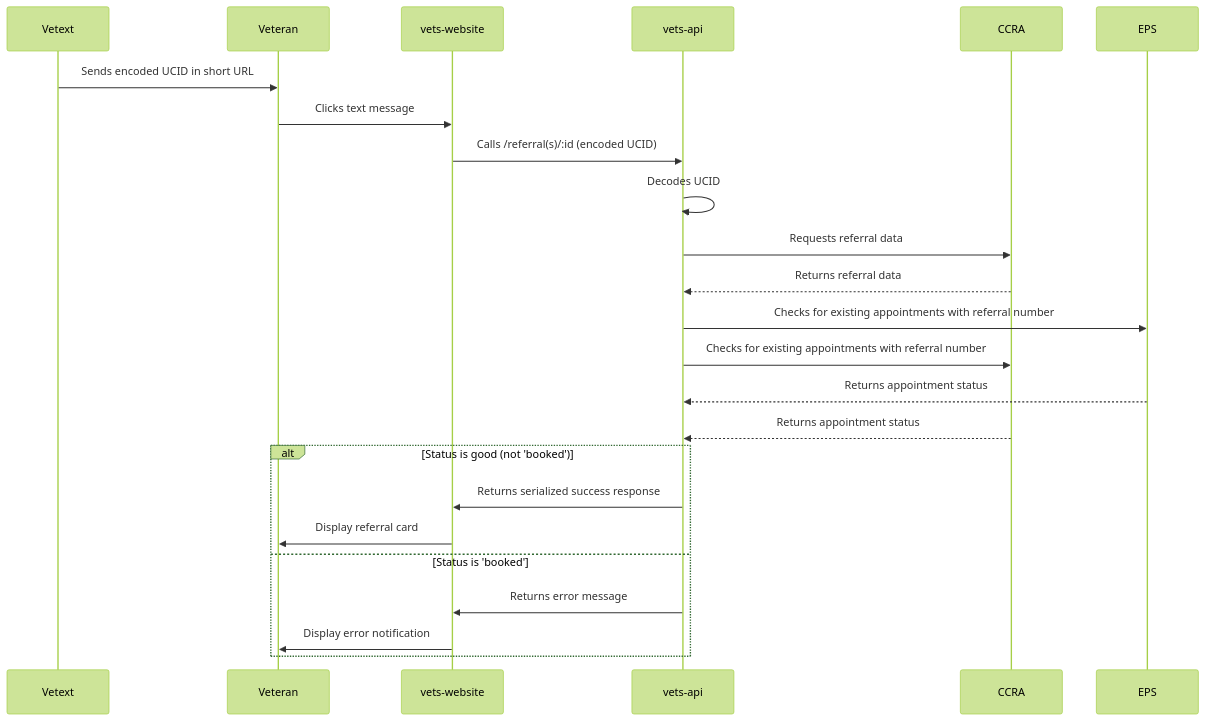
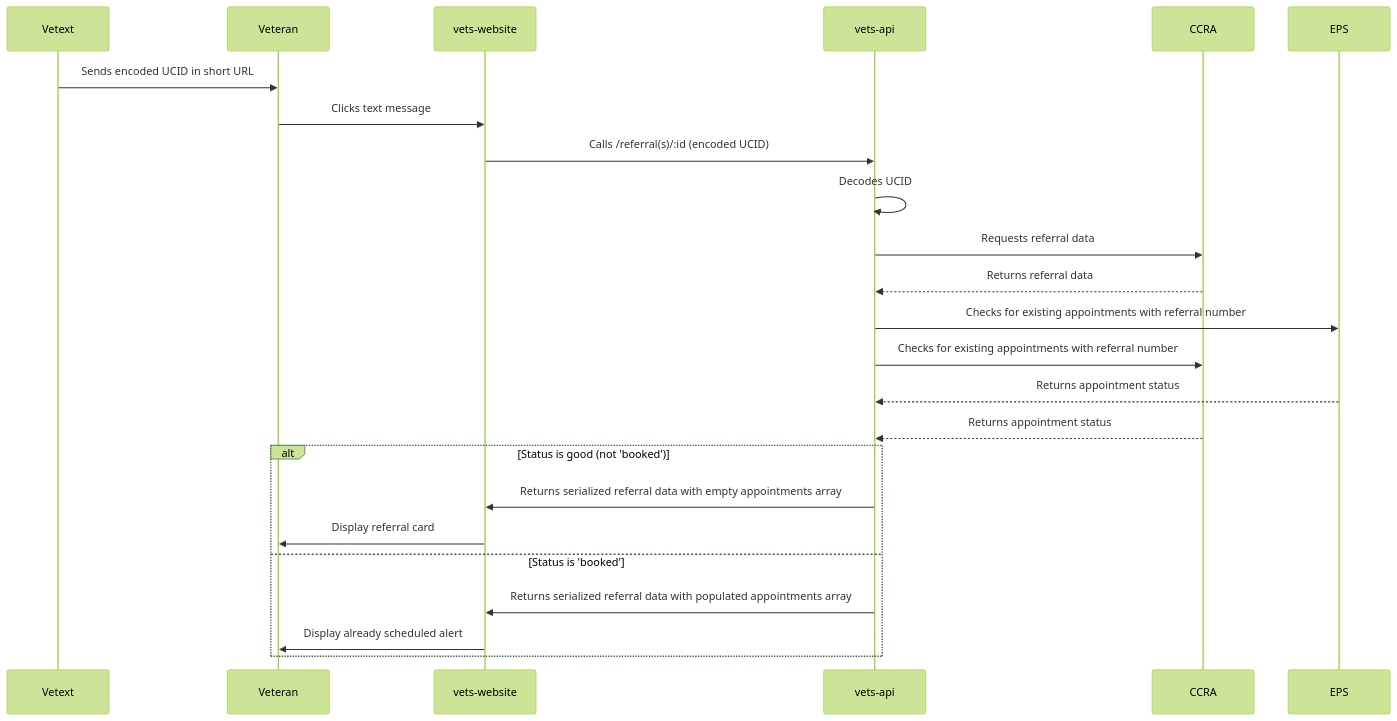
One commit to department-of-veterans-affairs/va.gov-team changed the third of 4 diagrams in products/health-care/appointments/va-online-scheduling/engineering/architecture/community-care-technical-documentation.md. Above: the diagram before and after it, drawn with Mermaid (forest theme).

````diff
--- a/products/health-care/appointments/va-online-scheduling/engineering/architecture/community-care-technical-documentation.md
+++ b/products/health-care/appointments/va-online-scheduling/engineering/architecture/community-care-technical-documentation.md
@@ -98,27 +98,27 @@
 ```mermaid
 sequenceDiagram
     participant Vetext
     participant Veteran
     participant vets-website
     participant vets-api
     participant CCRA
     participant EPS
 
     Vetext->>Veteran: Sends encoded UCID in short URL
     Veteran->>vets-website: Clicks text message
     vets-website->>vets-api: Calls /referral(s)/:id (encoded UCID)
     vets-api->>vets-api: Decodes UCID
     vets-api->>CCRA: Requests referral data
     CCRA-->>vets-api: Returns referral data
     vets-api->>EPS: Checks for existing appointments with referral number
     vets-api->>CCRA: Checks for existing appointments with referral number
     EPS-->>vets-api: Returns appointment status
     CCRA-->>vets-api: Returns appointment status
     alt Status is good (not 'booked')
-        vets-api->>vets-website: Returns serialized success response
+        vets-api->>vets-website: Returns serialized referral data with empty appointments array
         vets-website->>Veteran: Display referral card
     else Status is 'booked'
-        vets-api->>vets-website: Returns error message
-        vets-website->>Veteran: Display error notification
+        vets-api->>vets-website: Returns serialized referral data with populated appointments array
+        vets-website->>Veteran: Display already scheduled alert
     end
 ```
````
